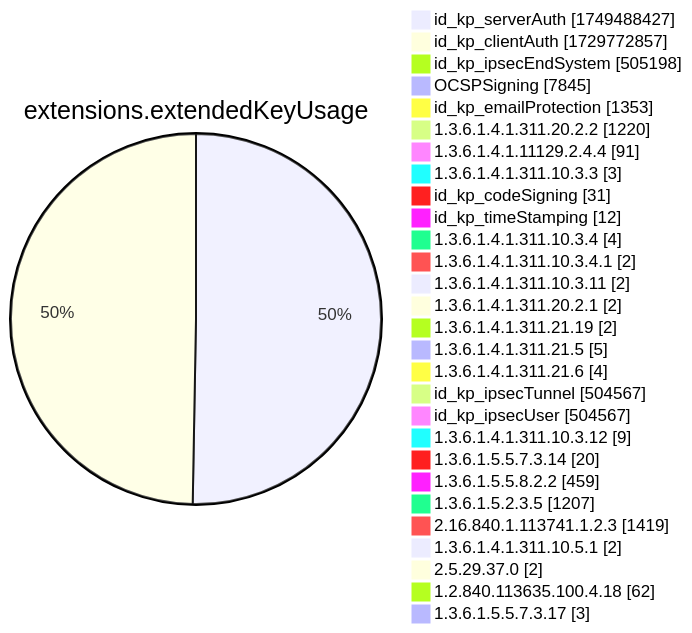
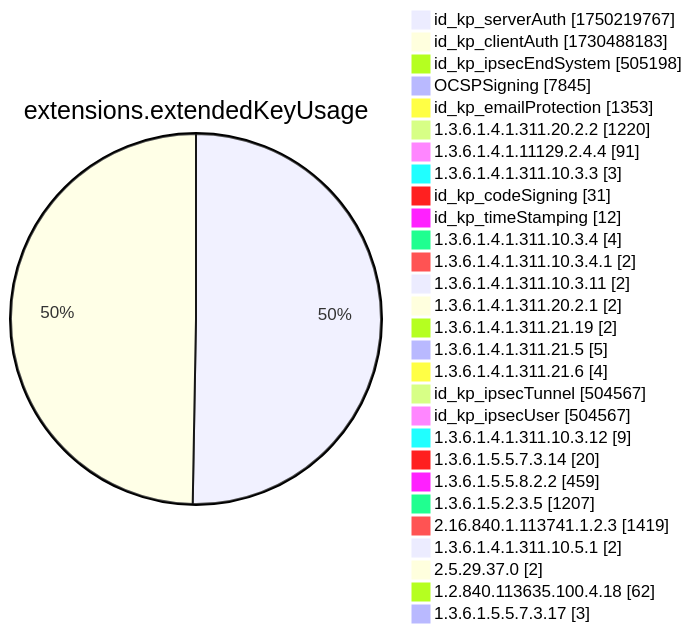
Before and after one commit to christiankrug/ctmonitor_visualization: diagram 12 of 15 in xenon2022/README.md, drawn with Mermaid. The commit also changed other lines of this file, not shown here.

````diff
--- a/xenon2022/README.md
+++ b/xenon2022/README.md
@@ -3892,32 +3892,32 @@
 ```mermaid
 pie showData
 title extensions.extendedKeyUsage
-"id_kp_serverAuth" :1749488427
-"id_kp_clientAuth" :1729772857
+"id_kp_serverAuth" :1750219767
+"id_kp_clientAuth" :1730488183
 "id_kp_ipsecEndSystem" :505198
 "OCSPSigning" :7845
 "id_kp_emailProtection" :1353
 "1.3.6.1.4.1.311.20.2.2" :1220
 "1.3.6.1.4.1.11129.2.4.4" :91
 "1.3.6.1.4.1.311.10.3.3" :3
 "id_kp_codeSigning" :31
 "id_kp_timeStamping" :12
 "1.3.6.1.4.1.311.10.3.4" :4
 "1.3.6.1.4.1.311.10.3.4.1" :2
 "1.3.6.1.4.1.311.10.3.11" :2
 "1.3.6.1.4.1.311.20.2.1" :2
 "1.3.6.1.4.1.311.21.19" :2
 "1.3.6.1.4.1.311.21.5" :5
 "1.3.6.1.4.1.311.21.6" :4
 "id_kp_ipsecTunnel" :504567
 "id_kp_ipsecUser" :504567
 "1.3.6.1.4.1.311.10.3.12" :9
 "1.3.6.1.5.5.7.3.14" :20
 "1.3.6.1.5.5.8.2.2" :459
 "1.3.6.1.5.2.3.5" :1207
 "2.16.840.1.113741.1.2.3" :1419
 "1.3.6.1.4.1.311.10.5.1" :2
 "2.5.29.37.0" :2
 "1.2.840.113635.100.4.18" :62
 "1.3.6.1.5.5.7.3.17" :3
 ```
````
